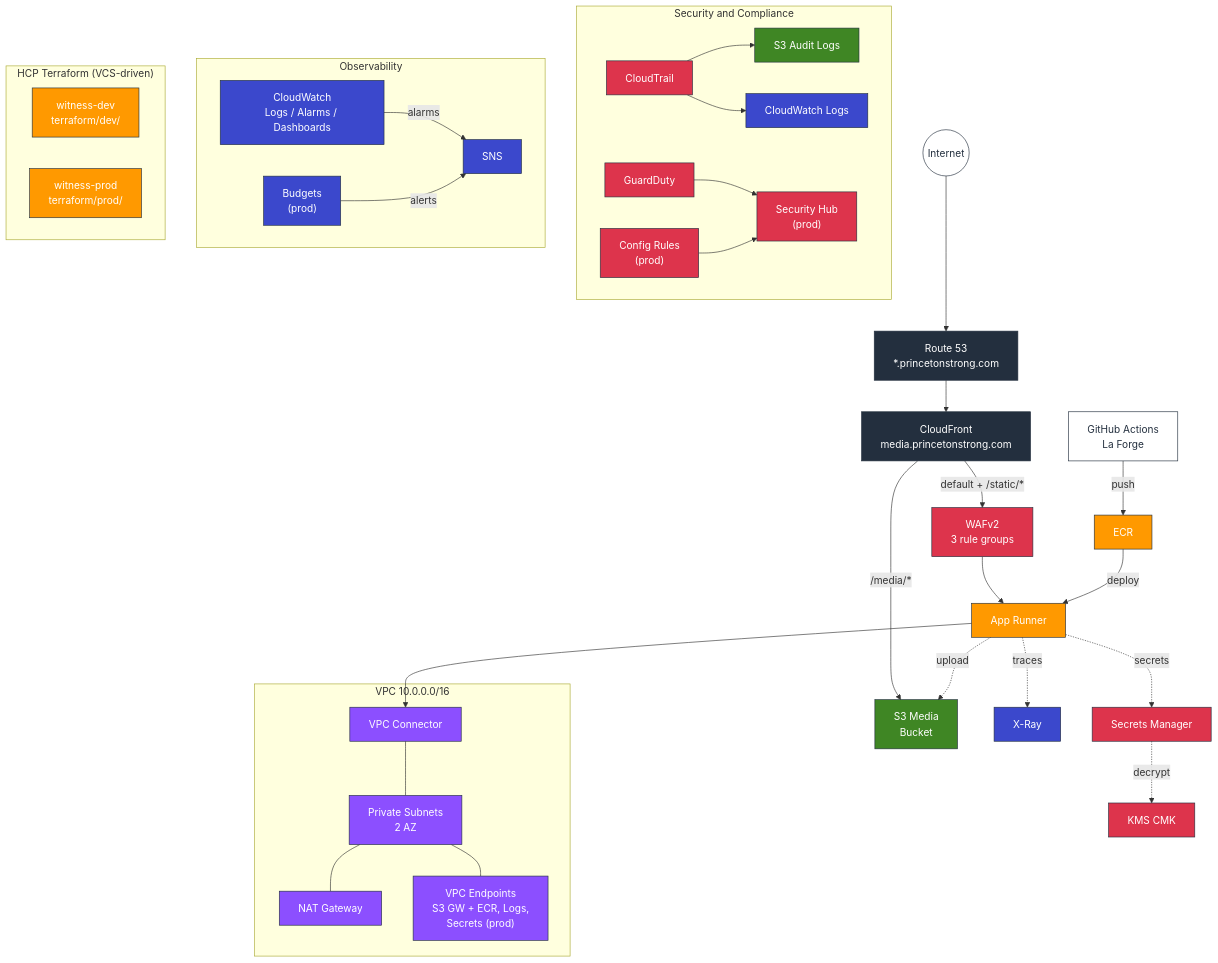
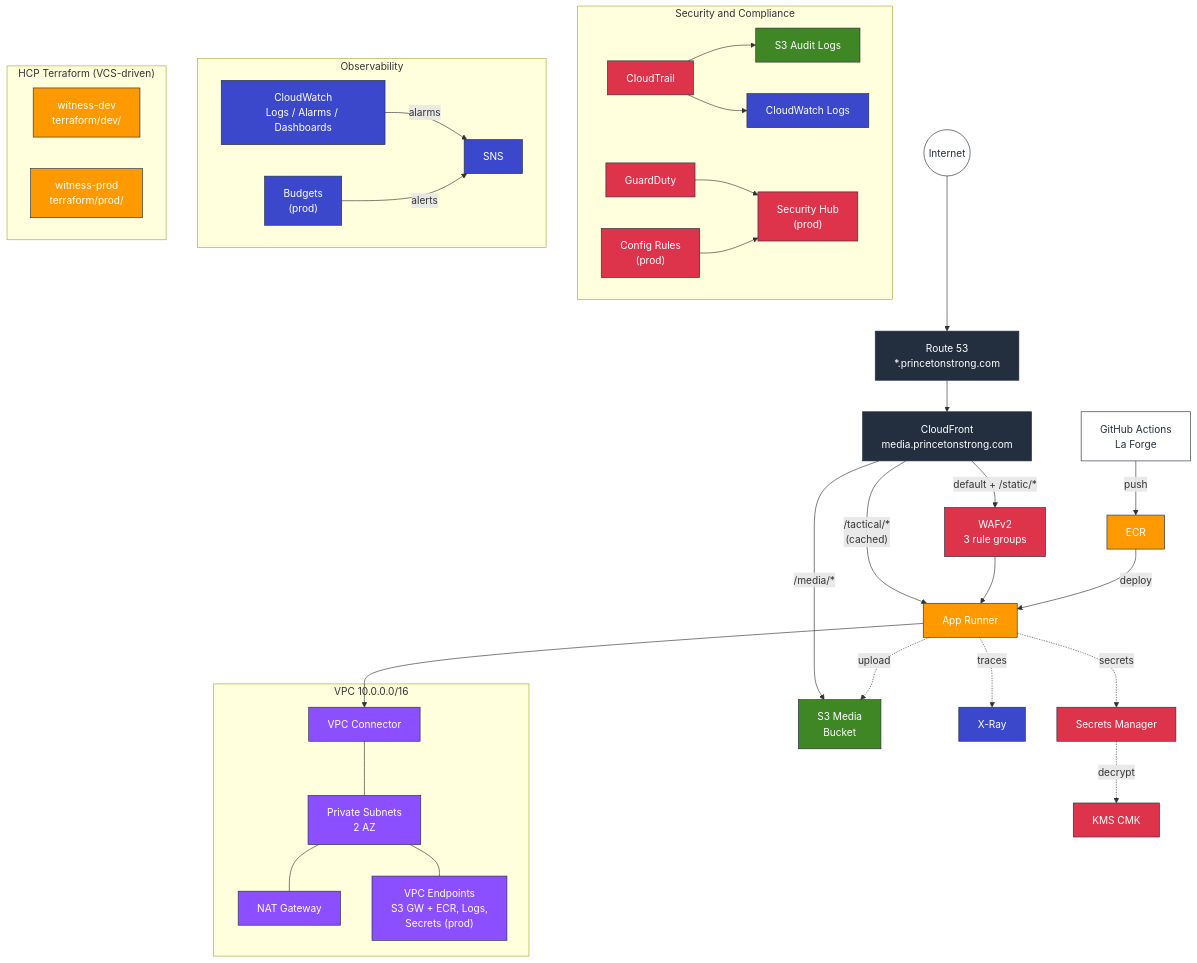
The first of 2 diagrams in docs/architecture.md (borninthedark/witness), drawn with Mermaid before and after one commit. The commit also changed other lines of this file and 13 other files, not shown here.

````diff
--- a/docs/architecture.md
+++ b/docs/architecture.md
@@ -14,45 +14,46 @@
 ```mermaid
 graph TD
     classDef edge fill:#232F3E,stroke:#232F3E,color:#fff
     classDef compute fill:#FF9900,stroke:#232F3E,color:#fff
     classDef network fill:#8C4FFF,stroke:#232F3E,color:#fff
     classDef security fill:#DD344C,stroke:#232F3E,color:#fff
     classDef observe fill:#3B48CC,stroke:#232F3E,color:#fff
     classDef storage fill:#3F8624,stroke:#232F3E,color:#fff
     classDef external fill:#fff,stroke:#232F3E,color:#232F3E
 
     USER(("Internet")):::external --> R53["Route 53<br/>*.princetonstrong.com"]:::edge
     R53 --> CF["CloudFront<br/>media.princetonstrong.com"]:::edge
     CF -->|"/media/*"| S3M["S3 Media<br/>Bucket"]:::storage
+    CF -->|"/tactical/*<br/>(cached)"| AR
     CF -->|"default + /static/*"| WAF["WAFv2<br/>3 rule groups"]:::security --> AR["App Runner"]:::compute
     GH["GitHub Actions<br/>La Forge"]:::external -->|push| ECR["ECR"]:::compute -->|deploy| AR
 
     AR --> VC["VPC Connector"]:::network
     subgraph VPC["VPC 10.0.0.0/16"]
         VC --- PS["Private Subnets<br/>2 AZ"]:::network
         PS --- NAT["NAT Gateway"]:::network
         PS --- EP["VPC Endpoints<br/>S3 GW + ECR, Logs,<br/>Secrets (prod)"]:::network
     end
 
     AR -.->|upload| S3M
     AR -.->|secrets| SM["Secrets Manager"]:::security
     SM -.->|decrypt| KMS["KMS CMK"]:::security
     AR -.->|traces| XRAY["X-Ray"]:::observe
 
     subgraph sec["Security and Compliance"]
         CT["CloudTrail"]:::security --> S3L["S3 Audit Logs"]:::storage
         CT --> CWL["CloudWatch Logs"]:::observe
         GD["GuardDuty"]:::security --> SH["Security Hub<br/>(prod)"]:::security
         CFG["Config Rules<br/>(prod)"]:::security --> SH
     end
 
     subgraph obs["Observability"]
         CW["CloudWatch<br/>Logs / Alarms / Dashboards"]:::observe -->|alarms| SNS["SNS"]:::observe
         BUD["Budgets<br/>(prod)"]:::observe -->|alerts| SNS
     end
 
     subgraph hcp["HCP Terraform (VCS-driven)"]
         DEV["witness-dev<br/>terraform/dev/"]:::compute
         PROD["witness-prod<br/>terraform/prod/"]:::compute
     end
 ```
````
